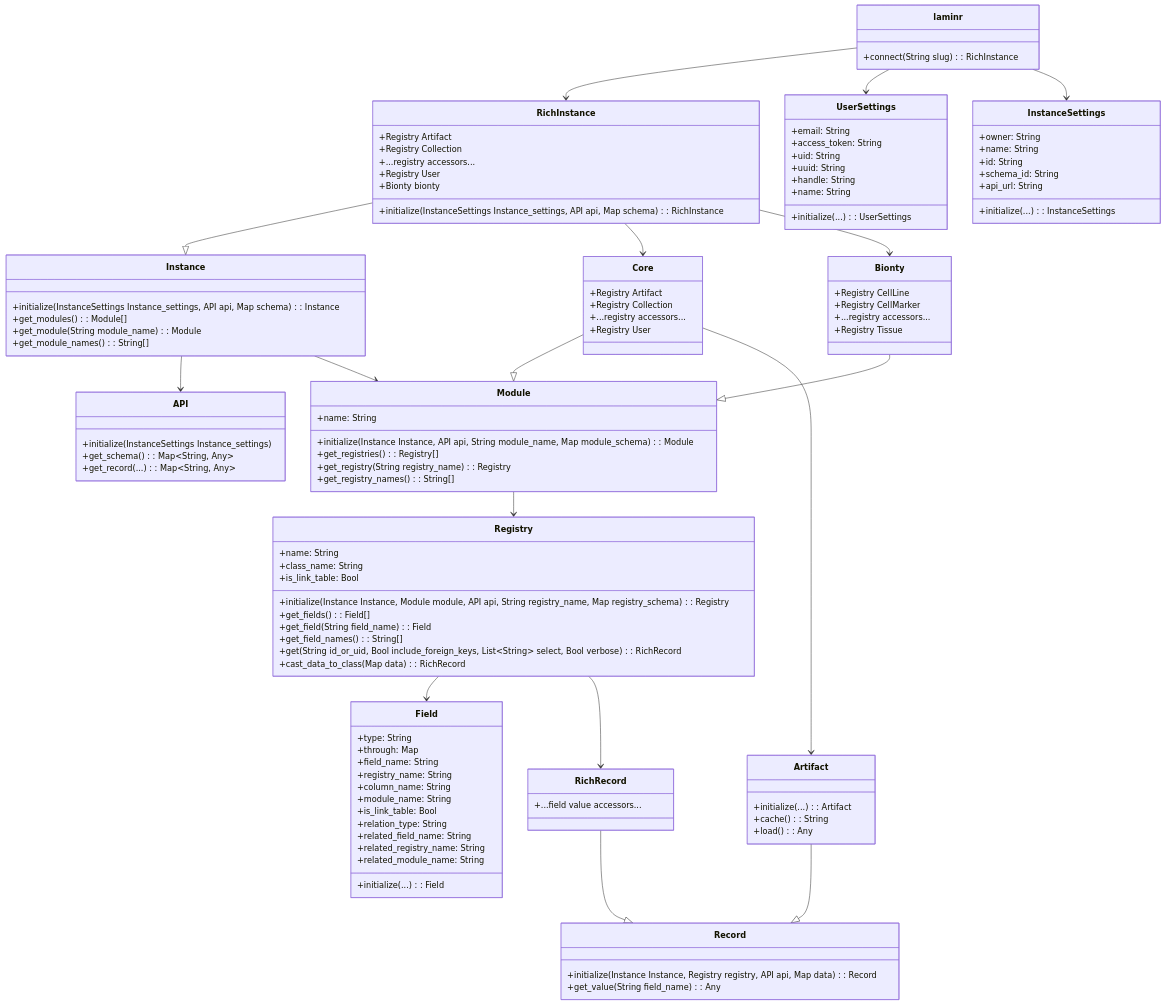
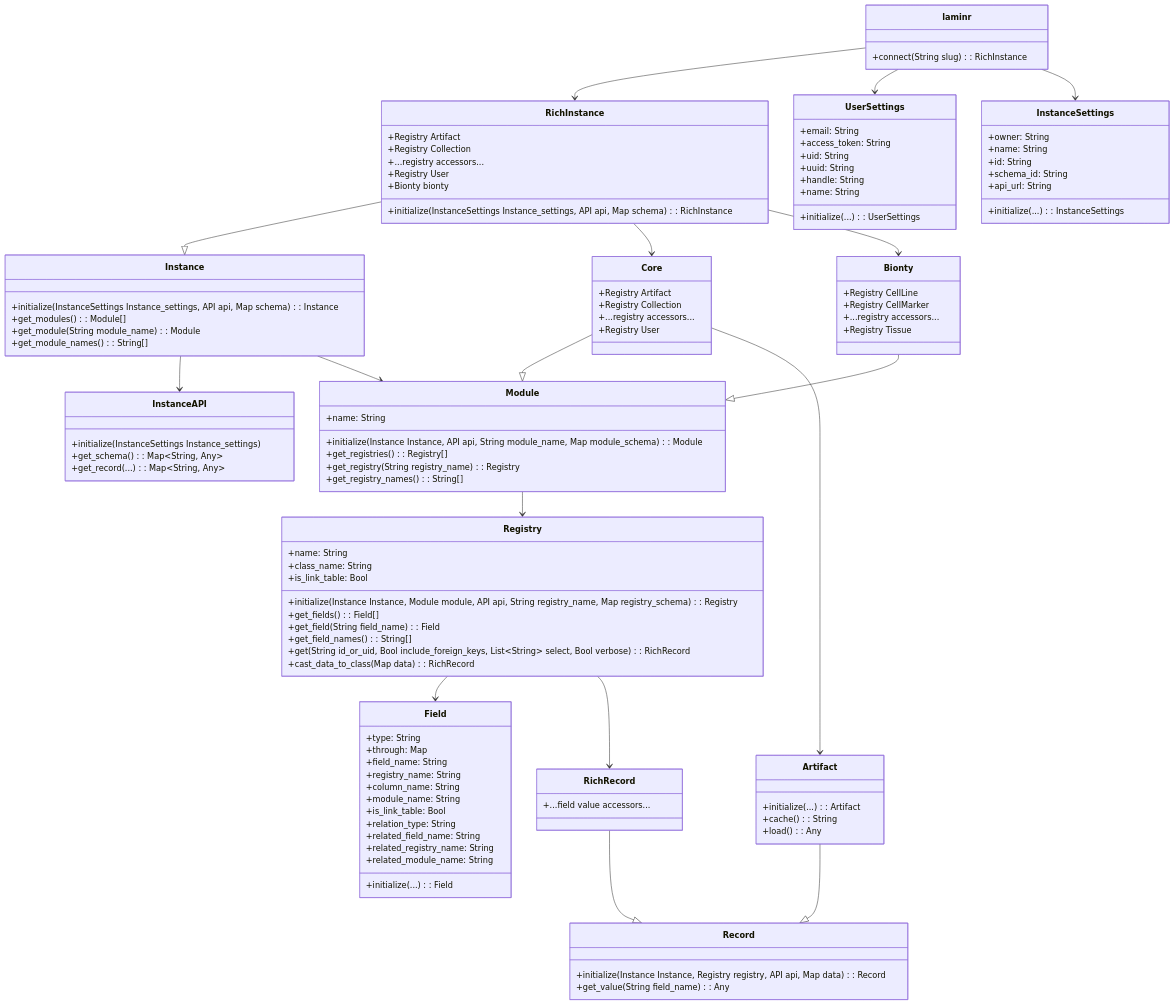
Before and after one commit to laminlabs/laminr: the diagram in docs/class_diagram.md, drawn with Mermaid. The commit also changed 3 other files, not shown here.

Commit message:
rename API to InstanceAPI

```diff
--- a/docs/class_diagram.md
+++ b/docs/class_diagram.md
@@ -7,7 +7,7 @@
     laminr --> UserSettings
     laminr --> InstanceSettings
     RichInstance --|> Instance
-    Instance --> API
+    Instance --> InstanceAPI
     Instance --> Module
     Core --|> Module
     Bionty --|> Module
@@ -49,7 +49,7 @@
         +get_module_names(): String[]
 
     }
-    class API{
+    class InstanceAPI{
         +initialize(InstanceSettings Instance_settings)
         +get_schema(): Map~String, Any~
         +get_record(...): Map~String, Any~
```
